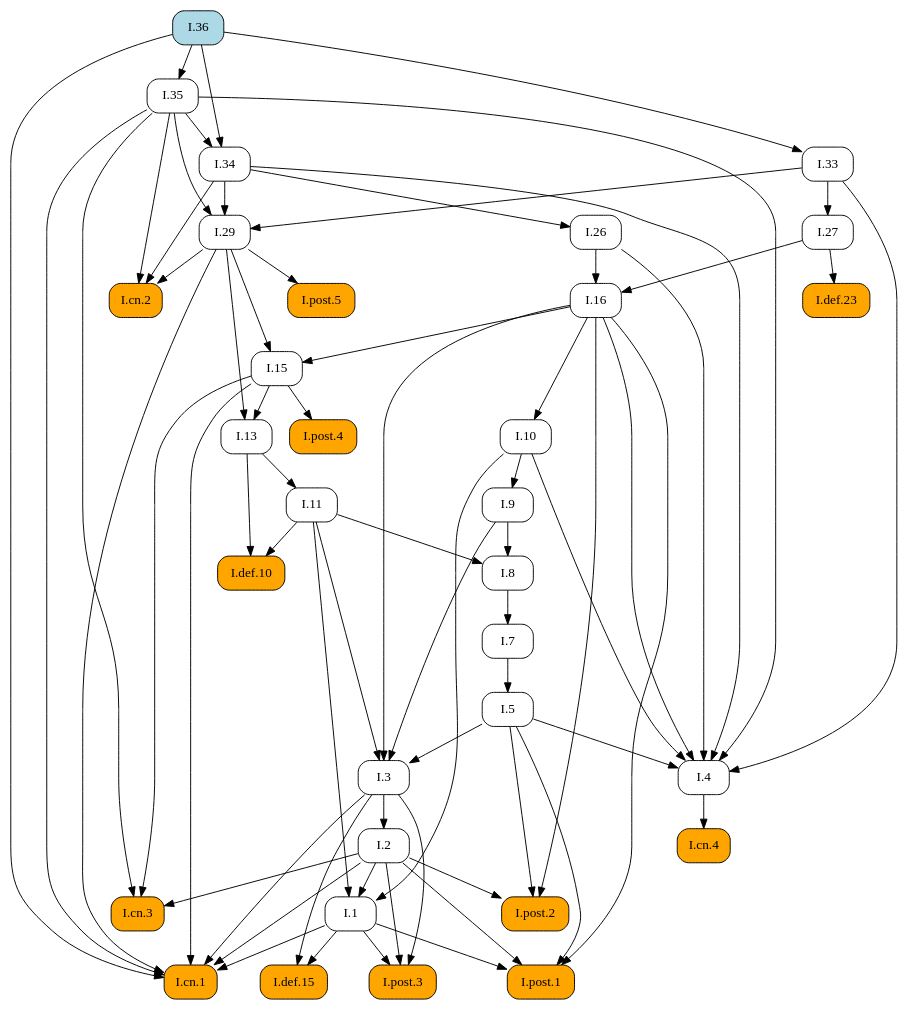
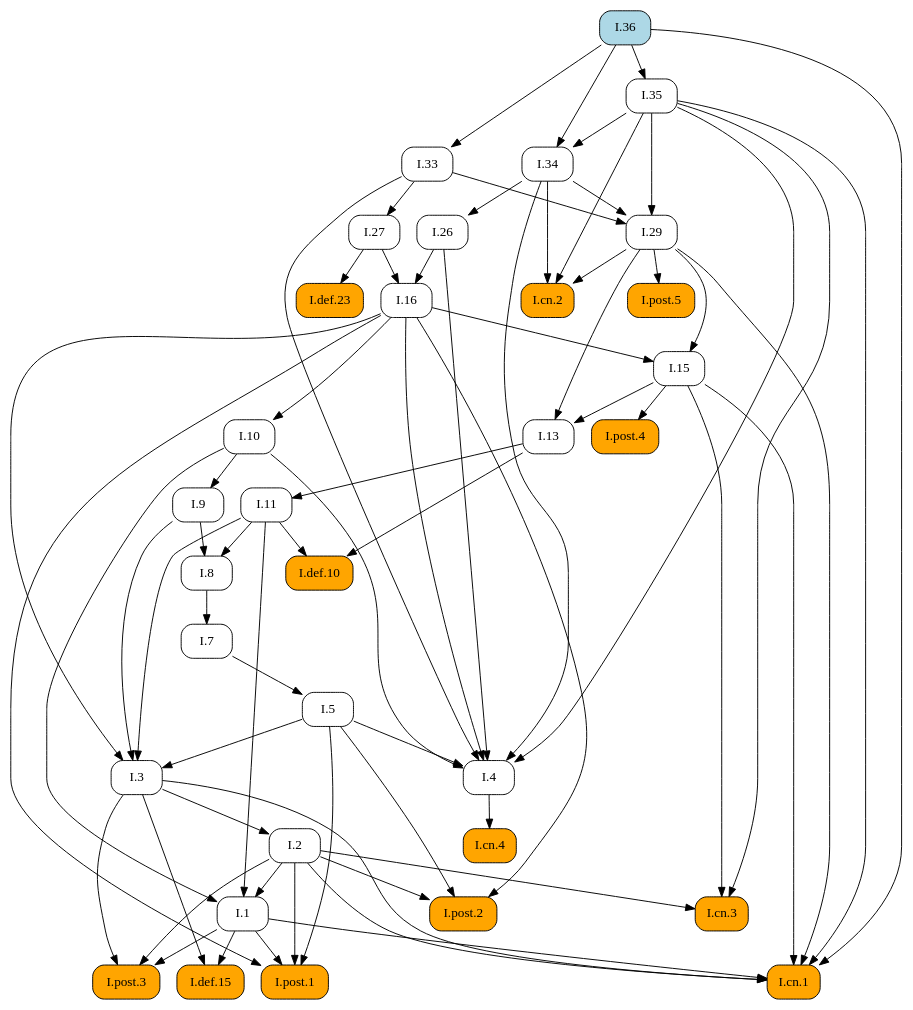
Before and after one commit to geometor/elements: the diagram in docsrc/heath/I/36/index.rst, drawn with Graphviz. The commit also changed other lines of this file and 484 other files, not shown here.

```diff
--- a/docsrc/heath/I/36/index.rst
+++ b/docsrc/heath/I/36/index.rst
@@ -42,56 +42,55 @@
    digraph {
      rankdir="TB";
      node [shape=box, style=rounded];
+     "I.35" [URL="/heath/I/35/", target="_top"];
+     "I.9" [URL="/heath/I/9/", target="_top"];
+     "I.33" [URL="/heath/I/33/", target="_top"];
+     "I.cn.1" [style="rounded,filled", fillcolor=orange, URL="/heath/I/cn.1/", target="_top"];
+     "I.7" [URL="/heath/I/7/", target="_top"];
+     "I.2" [URL="/heath/I/2/", target="_top"];
+     "I.def.15" [style="rounded,filled", fillcolor=orange, URL="/heath/I/def.15/", target="_top"];
+     "I.36" [style="rounded,filled", fillcolor=lightblue, URL="/heath/I/36/", target="_top"];
+     "I.13" [URL="/heath/I/13/", target="_top"];
+     "I.post.4" [style="rounded,filled", fillcolor=orange, URL="/heath/I/post.4/", target="_top"];
+     "I.4" [URL="/heath/I/4/", target="_top"];
+     "I.1" [URL="/heath/I/1/", target="_top"];
+     "I.post.3" [style="rounded,filled", fillcolor=orange, URL="/heath/I/post.3/", target="_top"];
+     "I.post.1" [style="rounded,filled", fillcolor=orange, URL="/heath/I/post.1/", target="_top"];
+     "I.5" [URL="/heath/I/5/", target="_top"];
+     "I.8" [URL="/heath/I/8/", target="_top"];
+     "I.cn.3" [style="rounded,filled", fillcolor=orange, URL="/heath/I/cn.3/", target="_top"];
+     "I.29" [URL="/heath/I/29/", target="_top"];
+     "I.16" [URL="/heath/I/16/", target="_top"];
      "I.def.10" [style="rounded,filled", fillcolor=orange, URL="/heath/I/def.10/", target="_top"];
+     "I.15" [URL="/heath/I/15/", target="_top"];
+     "I.10" [URL="/heath/I/10/", target="_top"];
      "I.11" [URL="/heath/I/11/", target="_top"];
-     "I.post.4" [style="rounded,filled", fillcolor=orange, URL="/heath/I/post.4/", target="_top"];
-     "I.1" [URL="/heath/I/1/", target="_top"];
-     "I.35" [URL="/heath/I/35/", target="_top"];
+     "I.def.23" [style="rounded,filled", fillcolor=orange, URL="/heath/I/def.23/", target="_top"];
+     "I.cn.2" [style="rounded,filled", fillcolor=orange, URL="/heath/I/cn.2/", target="_top"];
      "I.27" [URL="/heath/I/27/", target="_top"];
+     "I.post.5" [style="rounded,filled", fillcolor=orange, URL="/heath/I/post.5/", target="_top"];
+     "I.cn.4" [style="rounded,filled", fillcolor=orange, URL="/heath/I/cn.4/", target="_top"];
+     "I.post.2" [style="rounded,filled", fillcolor=orange, URL="/heath/I/post.2/", target="_top"];
      "I.26" [URL="/heath/I/26/", target="_top"];
-     "I.7" [URL="/heath/I/7/", target="_top"];
      "I.34" [URL="/heath/I/34/", target="_top"];
      "I.3" [URL="/heath/I/3/", target="_top"];
-     "I.36" [style="rounded,filled", fillcolor=lightblue, URL="/heath/I/36/", target="_top"];
-     "I.2" [URL="/heath/I/2/", target="_top"];
-     "I.4" [URL="/heath/I/4/", target="_top"];
-     "I.def.23" [style="rounded,filled", fillcolor=orange, URL="/heath/I/def.23/", target="_top"];
-     "I.29" [URL="/heath/I/29/", target="_top"];
-     "I.13" [URL="/heath/I/13/", target="_top"];
-     "I.33" [URL="/heath/I/33/", target="_top"];
-     "I.cn.2" [style="rounded,filled", fillcolor=orange, URL="/heath/I/cn.2/", target="_top"];
-     "I.post.2" [style="rounded,filled", fillcolor=orange, URL="/heath/I/post.2/", target="_top"];
-     "I.16" [URL="/heath/I/16/", target="_top"];
-     "I.def.15" [style="rounded,filled", fillcolor=orange, URL="/heath/I/def.15/", target="_top"];
-     "I.9" [URL="/heath/I/9/", target="_top"];
-     "I.post.3" [style="rounded,filled", fillcolor=orange, URL="/heath/I/post.3/", target="_top"];
-     "I.cn.1" [style="rounded,filled", fillcolor=orange, URL="/heath/I/cn.1/", target="_top"];
-     "I.cn.3" [style="rounded,filled", fillcolor=orange, URL="/heath/I/cn.3/", target="_top"];
-     "I.8" [URL="/heath/I/8/", target="_top"];
-     "I.cn.4" [style="rounded,filled", fillcolor=orange, URL="/heath/I/cn.4/", target="_top"];
-     "I.15" [URL="/heath/I/15/", target="_top"];
-     "I.post.5" [style="rounded,filled", fillcolor=orange, URL="/heath/I/post.5/", target="_top"];
-     "I.post.1" [style="rounded,filled", fillcolor=orange, URL="/heath/I/post.1/", target="_top"];
-     "I.10" [URL="/heath/I/10/", target="_top"];
-     "I.5" [URL="/heath/I/5/", target="_top"];
-     "I.11" -> "I.def.10";
-     "I.13" -> "I.def.10";
-     "I.13" -> "I.11";
+     "I.36" -> "I.35";
+     "I.10" -> "I.9";
+     "I.36" -> "I.33";
+     "I.1" -> "I.cn.1";
+     "I.2" -> "I.cn.1";
+     "I.3" -> "I.cn.1";
+     "I.15" -> "I.cn.1";
+     "I.29" -> "I.cn.1";
+     "I.35" -> "I.cn.1";
+     "I.36" -> "I.cn.1";
+     "I.8" -> "I.7";
+     "I.3" -> "I.2";
+     "I.1" -> "I.def.15";
+     "I.3" -> "I.def.15";
+     "I.15" -> "I.13";
+     "I.29" -> "I.13";
      "I.15" -> "I.post.4";
-     "I.2" -> "I.1";
-     "I.10" -> "I.1";
-     "I.11" -> "I.1";
-     "I.36" -> "I.35";
-     "I.33" -> "I.27";
-     "I.34" -> "I.26";
-     "I.8" -> "I.7";
-     "I.35" -> "I.34";
-     "I.36" -> "I.34";
-     "I.5" -> "I.3";
-     "I.9" -> "I.3";
-     "I.11" -> "I.3";
-     "I.16" -> "I.3";
-     "I.3" -> "I.2";
      "I.5" -> "I.4";
      "I.10" -> "I.4";
      "I.16" -> "I.4";
@@ -99,47 +98,48 @@
      "I.33" -> "I.4";
      "I.34" -> "I.4";
      "I.35" -> "I.4";
-     "I.27" -> "I.def.23";
-     "I.33" -> "I.29";
-     "I.34" -> "I.29";
-     "I.35" -> "I.29";
-     "I.15" -> "I.13";
-     "I.29" -> "I.13";
-     "I.36" -> "I.33";
-     "I.29" -> "I.cn.2";
-     "I.34" -> "I.cn.2";
-     "I.35" -> "I.cn.2";
-     "I.2" -> "I.post.2";
-     "I.5" -> "I.post.2";
-     "I.16" -> "I.post.2";
-     "I.26" -> "I.16";
-     "I.27" -> "I.16";
-     "I.1" -> "I.def.15";
-     "I.3" -> "I.def.15";
-     "I.10" -> "I.9";
+     "I.2" -> "I.1";
+     "I.10" -> "I.1";
+     "I.11" -> "I.1";
      "I.1" -> "I.post.3";
      "I.2" -> "I.post.3";
      "I.3" -> "I.post.3";
-     "I.1" -> "I.cn.1";
-     "I.2" -> "I.cn.1";
-     "I.3" -> "I.cn.1";
-     "I.15" -> "I.cn.1";
-     "I.29" -> "I.cn.1";
-     "I.35" -> "I.cn.1";
-     "I.36" -> "I.cn.1";
-     "I.2" -> "I.cn.3";
-     "I.15" -> "I.cn.3";
-     "I.35" -> "I.cn.3";
-     "I.9" -> "I.8";
-     "I.11" -> "I.8";
-     "I.4" -> "I.cn.4";
-     "I.16" -> "I.15";
-     "I.29" -> "I.15";
-     "I.29" -> "I.post.5";
      "I.1" -> "I.post.1";
      "I.2" -> "I.post.1";
      "I.5" -> "I.post.1";
      "I.16" -> "I.post.1";
+     "I.7" -> "I.5";
+     "I.9" -> "I.8";
+     "I.11" -> "I.8";
+     "I.2" -> "I.cn.3";
+     "I.15" -> "I.cn.3";
+     "I.35" -> "I.cn.3";
+     "I.33" -> "I.29";
+     "I.34" -> "I.29";
+     "I.35" -> "I.29";
+     "I.26" -> "I.16";
+     "I.27" -> "I.16";
+     "I.11" -> "I.def.10";
+     "I.13" -> "I.def.10";
+     "I.16" -> "I.15";
+     "I.29" -> "I.15";
      "I.16" -> "I.10";
-     "I.7" -> "I.5";
+     "I.13" -> "I.11";
+     "I.27" -> "I.def.23";
+     "I.29" -> "I.cn.2";
+     "I.34" -> "I.cn.2";
+     "I.35" -> "I.cn.2";
+     "I.33" -> "I.27";
+     "I.29" -> "I.post.5";
+     "I.4" -> "I.cn.4";
+     "I.2" -> "I.post.2";
+     "I.5" -> "I.post.2";
+     "I.16" -> "I.post.2";
+     "I.34" -> "I.26";
+     "I.35" -> "I.34";
+     "I.36" -> "I.34";
+     "I.5" -> "I.3";
+     "I.9" -> "I.3";
+     "I.11" -> "I.3";
+     "I.16" -> "I.3";
    }
```
